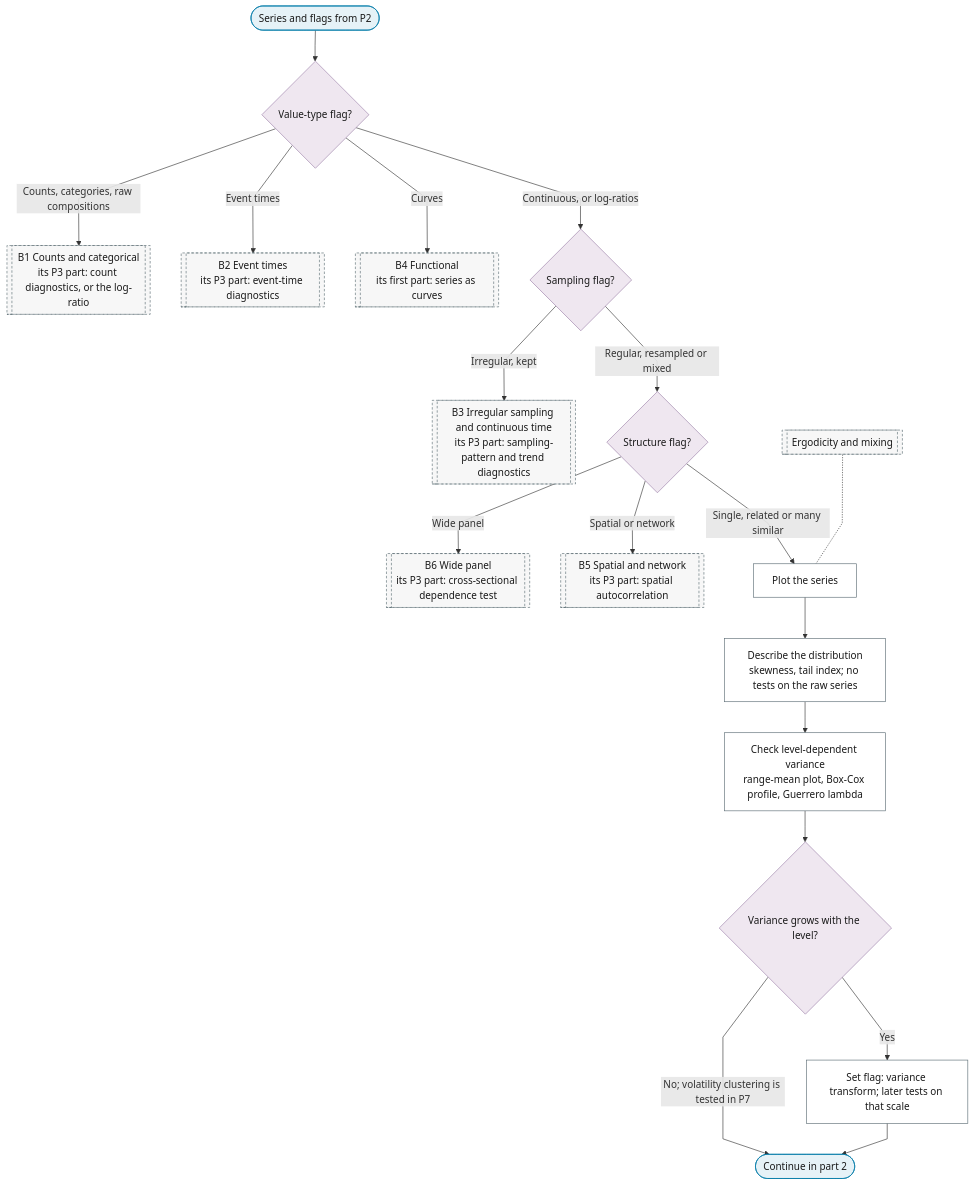
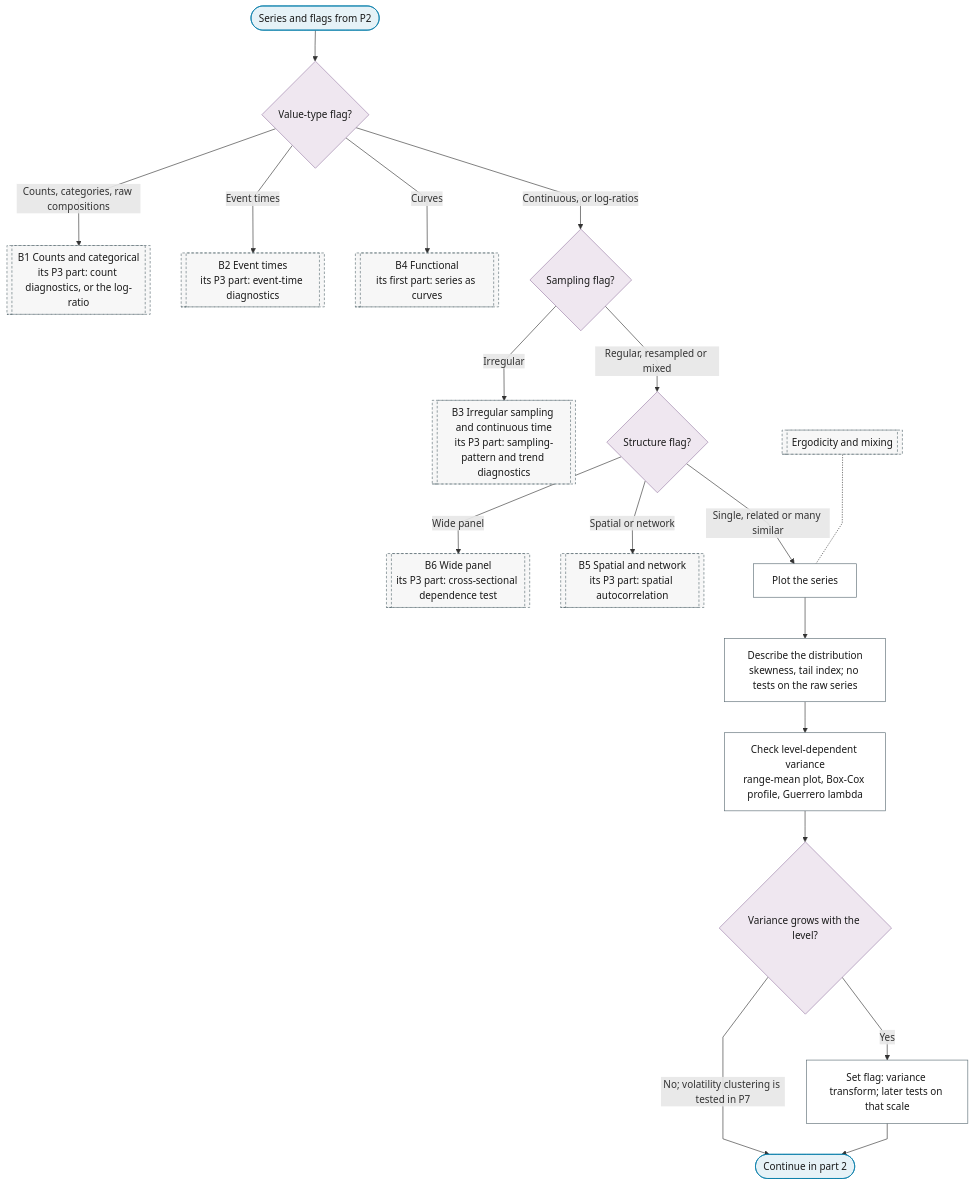
One commit to Shuxin-Y/time-series-analysis-manual changed the first of 4 diagrams in docs/01-workflow/p03-exploratory-diagnostics.md. Above: the diagram before and after it, drawn with Mermaid. The commit also changed other lines of this file and 12 other files, not shown here.

````diff
--- a/docs/01-workflow/p03-exploratory-diagnostics.md
+++ b/docs/01-workflow/p03-exploratory-diagnostics.md
@@ -11,33 +11,33 @@
 ```mermaid
 %%{init: {"flowchart": {"curve": "linear"}}}%%
 graph TD
     P3_IN(["Series and flags from P2"]) --> P3_TYPE{"Value-type flag?"}
     P3_TYPE -->|"Counts, categories, raw compositions"| B1[["B1 Counts and categorical<br/>its P3 part: count diagnostics, or the log-ratio"]]
     P3_TYPE -->|"Event times"| B2[["B2 Event times<br/>its P3 part: event-time diagnostics"]]
     P3_TYPE -->|"Curves"| B4[["B4 Functional<br/>its first part: series as curves"]]
     P3_TYPE -->|"Continuous, or log-ratios"| P3_SAMPLING{"Sampling flag?"}
-    P3_SAMPLING -->|"Irregular, kept"| B3[["B3 Irregular sampling and continuous time<br/>its P3 part: sampling-pattern and trend diagnostics"]]
+    P3_SAMPLING -->|"Irregular"| B3[["B3 Irregular sampling and continuous time<br/>its P3 part: sampling-pattern and trend diagnostics"]]
     P3_SAMPLING -->|"Regular, resampled or mixed"| P3_STRUCTURE{"Structure flag?"}
     P3_STRUCTURE -->|"Wide panel"| B6[["B6 Wide panel<br/>its P3 part: cross-sectional dependence test"]]
     P3_STRUCTURE -->|"Spatial or network"| B5[["B5 Spatial and network<br/>its P3 part: spatial autocorrelation"]]
     P3_STRUCTURE -->|"Single, related or many similar"| P3_PLOT["Plot the series"]
     P3_PLOT --> P3_DISTRIBUTION["Describe the distribution<br/>skewness, tail index; no tests on the raw series"]
     P3_DISTRIBUTION --> P3_VARIANCE_STABILITY["Check level-dependent variance<br/>range-mean plot, Box-Cox profile, Guerrero lambda"]
     P3_VARIANCE_STABILITY --> P3_HETERO{"Variance grows with the level?"}
     P3_HETERO -->|"Yes"| P3_VARIANCE_FLAG["Set flag: variance transform; later tests on that scale"]
     P3_HETERO -->|"No; volatility clustering is tested in P7"| P3_TO_PART_2(["Continue in part 2"])
     P3_VARIANCE_FLAG --> P3_TO_PART_2
     F_ERGODICITY[["Ergodicity and mixing"]] -.- P3_PLOT
     class P3_IN,P3_TO_PART_2 terminator
     class P3_TYPE,P3_SAMPLING,P3_STRUCTURE,P3_HETERO decision
     class P3_PLOT,P3_DISTRIBUTION,P3_VARIANCE_STABILITY,P3_VARIANCE_FLAG process
     class B1,B2,B4,B3,B6,B5,F_ERGODICITY ref
     classDef terminator fill:#E6F2F7,stroke:#007BA7,color:#1A1A1A;
     classDef process fill:#FFFFFF,stroke:#5A6B73,color:#1A1A1A;
     classDef decision fill:#EFE7F0,stroke:#9B7FA7,color:#1A1A1A;
     classDef data fill:#FFF4E0,stroke:#C9A55E,color:#1A1A1A;
     classDef good fill:#DCEFD8,stroke:#4A7A3F,color:#1A1A1A;
     classDef escalate fill:#FFE9C2,stroke:#C9A55E,color:#1A1A1A;
     classDef problem fill:#F2D9DE,stroke:#800020,color:#1A1A1A;
     classDef ref fill:#F7F7F7,stroke:#5A6B73,color:#1A1A1A,stroke-dasharray:4 3;
 ```
````
